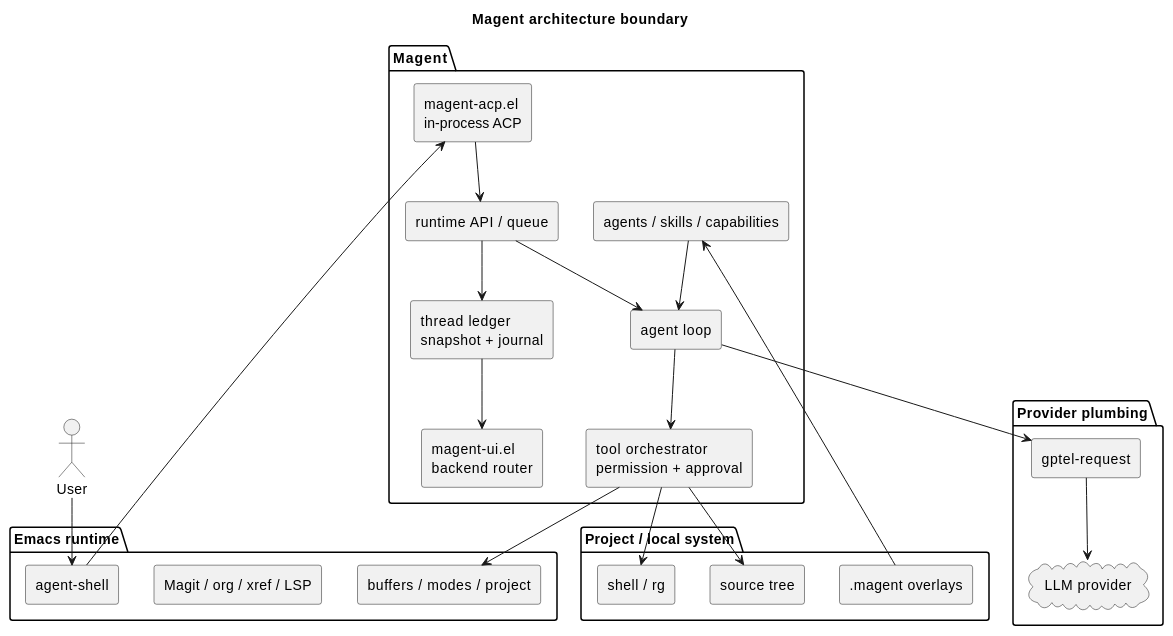
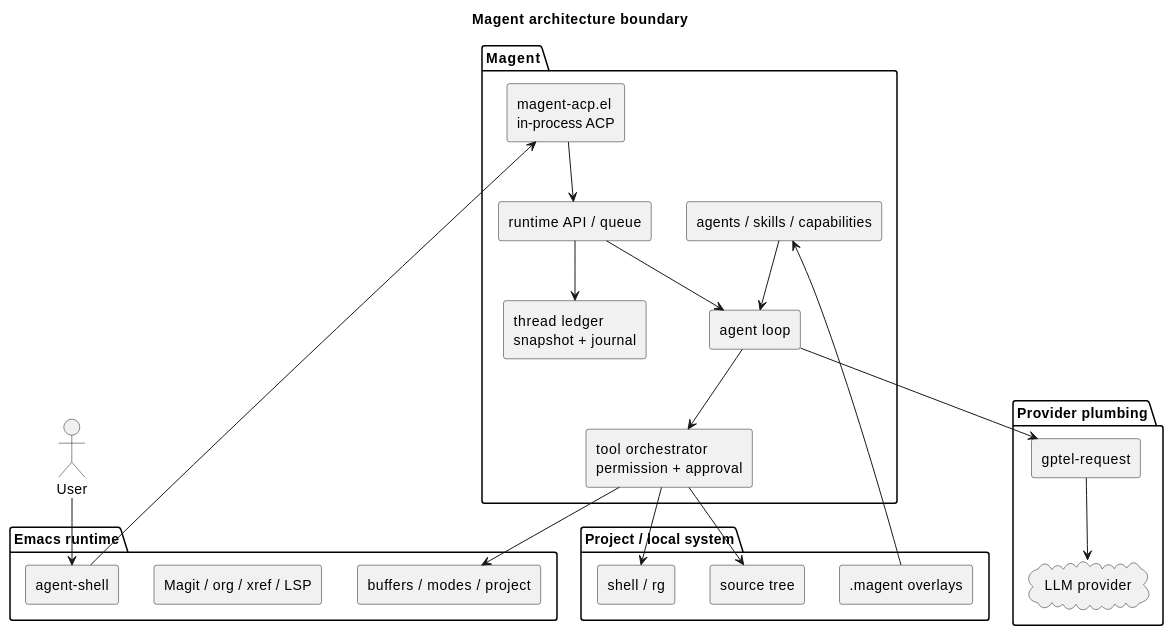
One commit to Jamie-Cui/magent changed the first of 3 diagrams in docs/_diagrams/magent-architecture.org. Above: the diagram before and after it, drawn with PlantUML. The commit also changed other lines of this file and 22 other files, not shown here.

```diff
--- a/docs/_diagrams/magent-architecture.org
+++ b/docs/_diagrams/magent-architecture.org
@@ -6,52 +6,50 @@
 #+begin_src plantuml :file ../assets/img/diagrams/architecture-boundary.svg :exports results :results file
 @startuml
 title Magent architecture boundary
 skinparam monochrome true
 skinparam shadowing false
 skinparam componentStyle rectangle
 
 actor User
 
 package "Emacs runtime" {
   [buffers / modes / project]
   [Magit / org / xref / LSP]
   [agent-shell]
 }
 
 package "Magent" {
-  [magent-ui.el\nbackend router]
   [magent-acp.el\nin-process ACP]
   [runtime API / queue]
   [thread ledger\nsnapshot + journal]
   [agent loop]
   [tool orchestrator\npermission + approval]
   [agents / skills / capabilities]
 }
 
 package "Provider plumbing" {
   [gptel-request]
   cloud "LLM provider" as Provider
 }
 
 package "Project / local system" {
   [source tree]
   [shell / rg]
   [.magent overlays]
 }
 
 User --> [agent-shell]
 [agent-shell] --> [magent-acp.el\nin-process ACP]
 [magent-acp.el\nin-process ACP] --> [runtime API / queue]
 [runtime API / queue] --> [thread ledger\nsnapshot + journal]
 [runtime API / queue] --> [agent loop]
 [agent loop] --> [gptel-request]
 [gptel-request] --> Provider
 [agent loop] --> [tool orchestrator\npermission + approval]
 [tool orchestrator\npermission + approval] --> [source tree]
 [tool orchestrator\npermission + approval] --> [shell / rg]
 [tool orchestrator\npermission + approval] --> [buffers / modes / project]
 [agents / skills / capabilities] --> [agent loop]
 [.magent overlays] --> [agents / skills / capabilities]
-[thread ledger\nsnapshot + journal] --> [magent-ui.el\nbackend router]
 @enduml
 #+end_src
```
